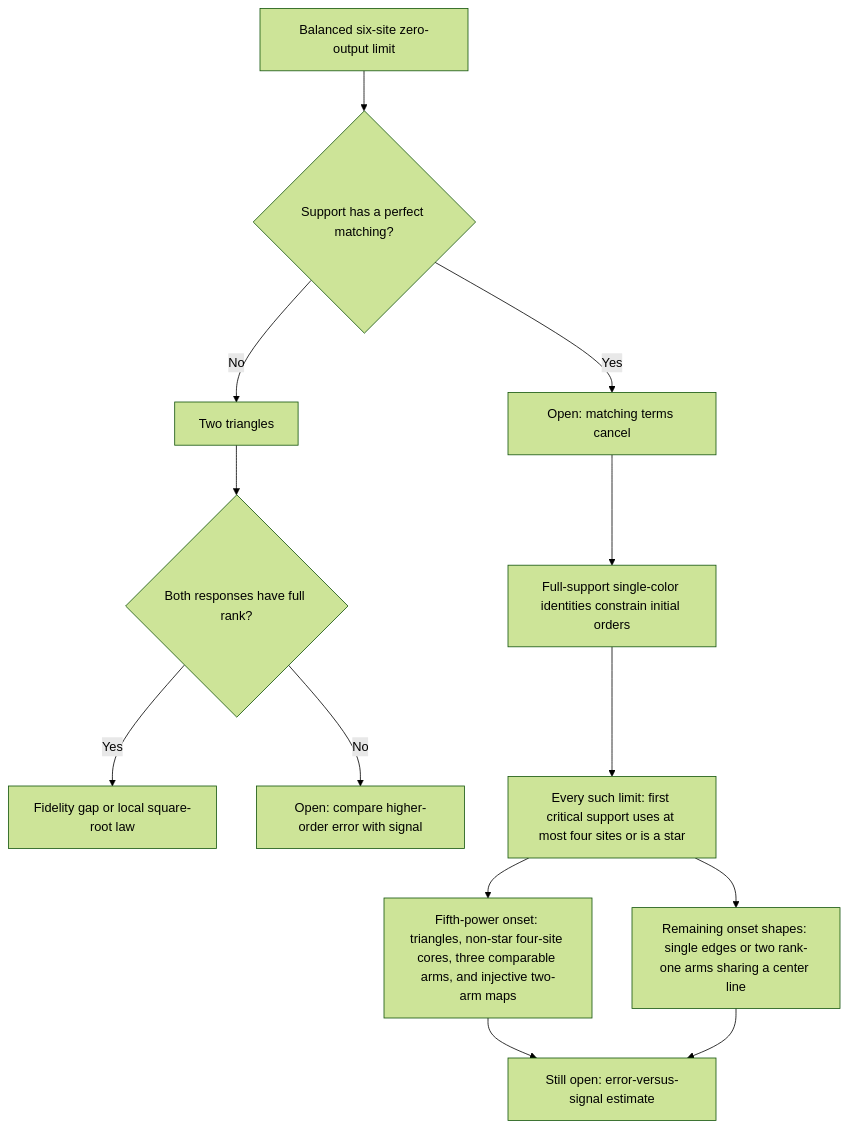
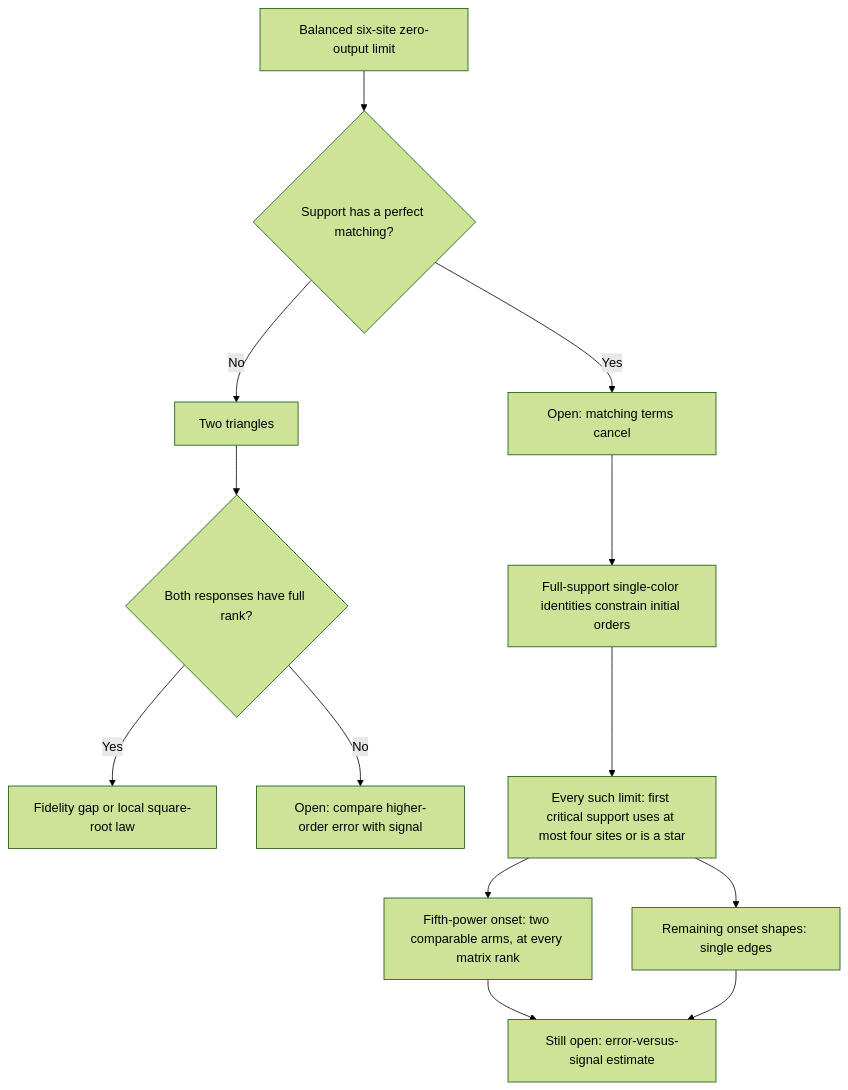
The diagram in research/ghz-rates/README.md (rrajasek95/krenn-conjecture), drawn with Mermaid (forest theme) before and after one commit. The commit also changed other lines of this file and 10 other files, not shown here.

Commit message:
Prove GHZ onset from two comparable arms at every matrix rank

```diff
--- a/research/ghz-rates/README.md
+++ b/research/ghz-rates/README.md
@@ -51,15 +52,15 @@
 ~~~mermaid
 flowchart TD
     A["Balanced six-site zero-output limit"] --> B{"Support has a perfect matching?"}
     B -->|No| C["Two triangles"]
     C --> D{"Both responses have full rank?"}
     D -->|Yes| E["Fidelity gap or local square-root law"]
     D -->|No| F["Open: compare higher-order error with signal"]
     B -->|Yes| G["Open: matching terms cancel"]
     G --> H["Full-support single-color identities constrain initial orders"]
     H --> I["Every such limit: first critical support uses at most four sites or is a star"]
-    I --> J["Fifth-power onset: triangles, non-star four-site cores, three comparable arms, and injective two-arm maps"]
-    I --> K["Remaining onset shapes: single edges or two rank-one arms sharing a center line"]
+    I --> J["Fifth-power onset: two comparable arms, at every matrix rank"]
+    I --> K["Remaining onset shapes: single edges"]
     J --> L["Still open: error-versus-signal estimate"]
     K --> L
 ~~~
```
